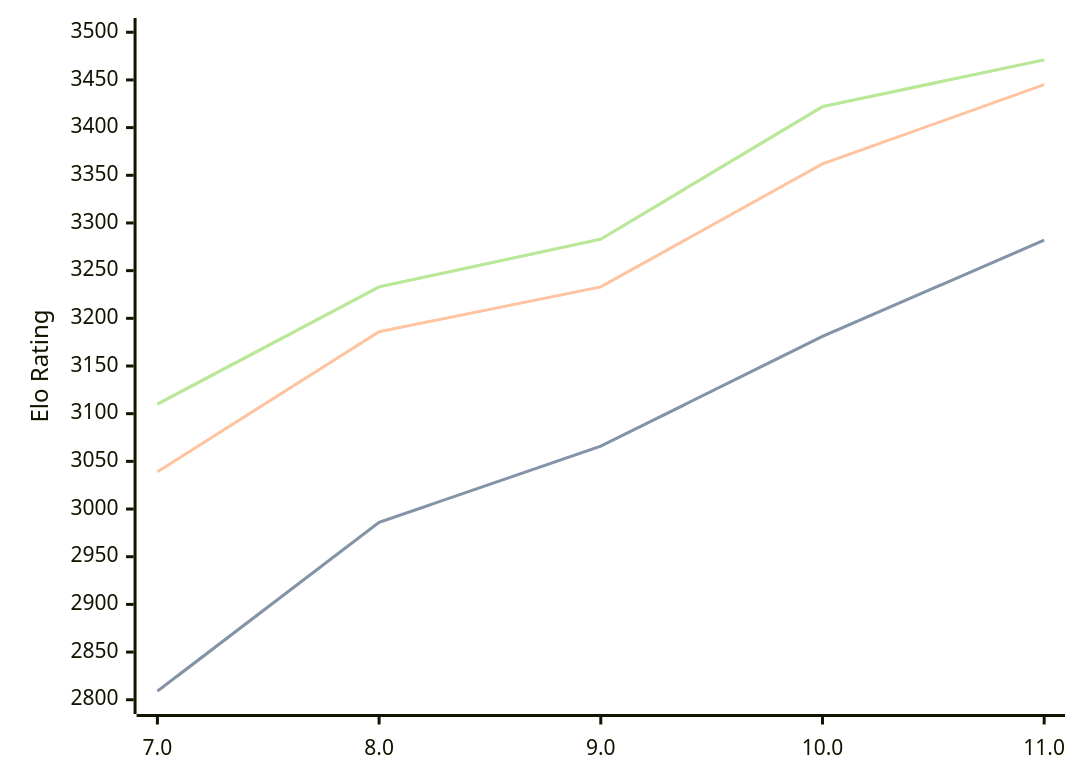
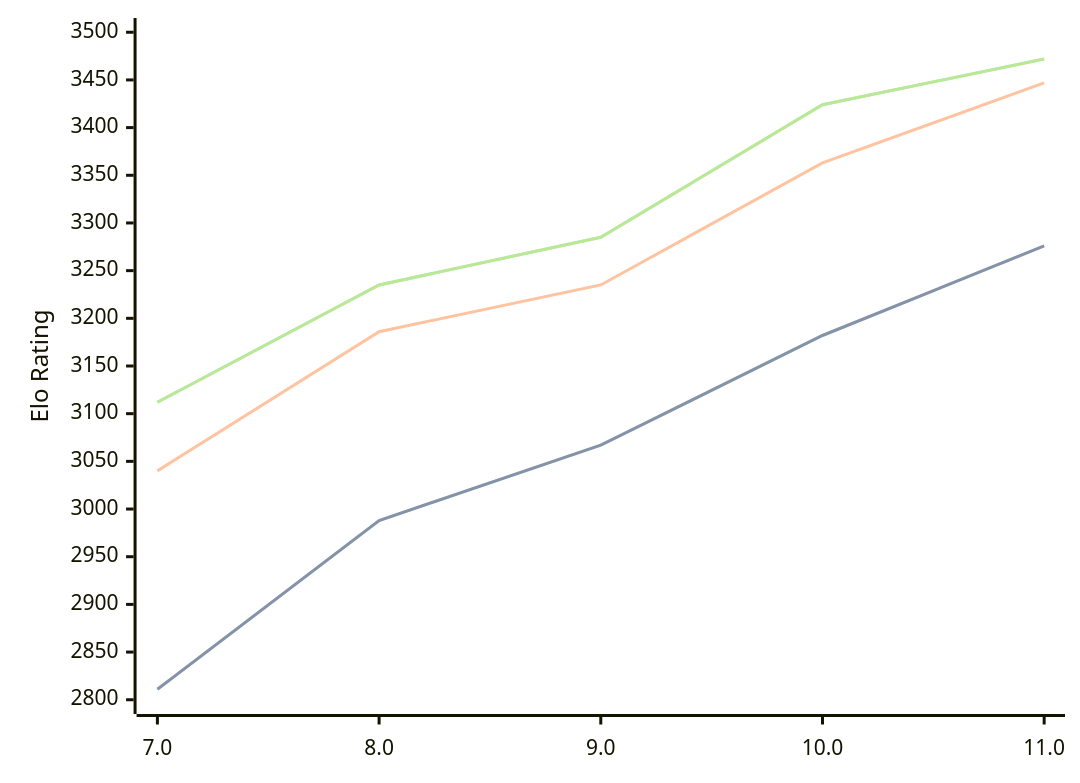
Before and after one commit to computer-chess-index/cci: the diagram in engines/Tcheran.md, drawn with Mermaid. The commit also changed other lines of this file, not shown here.

Commit message:
Update CCI Ratings (ELO VLTC) - 2026-02-21

````diff
--- a/engines/Tcheran.md
+++ b/engines/Tcheran.md
@@ -46,11 +46,11 @@
 ```mermaid
 %%{init: {"theme":"base","themeVariables":{"seriesColors:['#a3a3a3','#222221','#faa371']}}}%%
 xychart-beta
   x-axis ["7.0", "8.0", "9.0", "10.0", "11.0"]
   y-axis "Elo Rating" 2800 --> 3500
-  line "STC (8.0+0.08s)" [2809, 2986, 3066, 3181, 3282]
-  line "STC (8.0+0.08s)" [2809, 2986, 3066, 3181, 3282]
-  line "LTC (60.0+0.60s)" [3039, 3186, 3233, 3362, 3445]
-  line "VLTC (2m24s+1.12s)" [3110, 3233, 3283, 3422, 3471]
-  line "VLTC (2m24s+1.12s)" [3110, 3233, 3283, 3422, 3471]
+  line "STC (8.0+0.08s)" [2811, 2988, 3067, 3182, 3276]
+  line "STC (8.0+0.08s)" [2811, 2988, 3067, 3182, 3276]
+  line "LTC (60.0+0.60s)" [3040, 3186, 3235, 3363, 3447]
+  line "VLTC (2m24s+1.12s)" [3112, 3235, 3285, 3424, 3472]
+  line "VLTC (2m24s+1.12s)" [3112, 3235, 3285, 3424, 3472]
 ```
````
